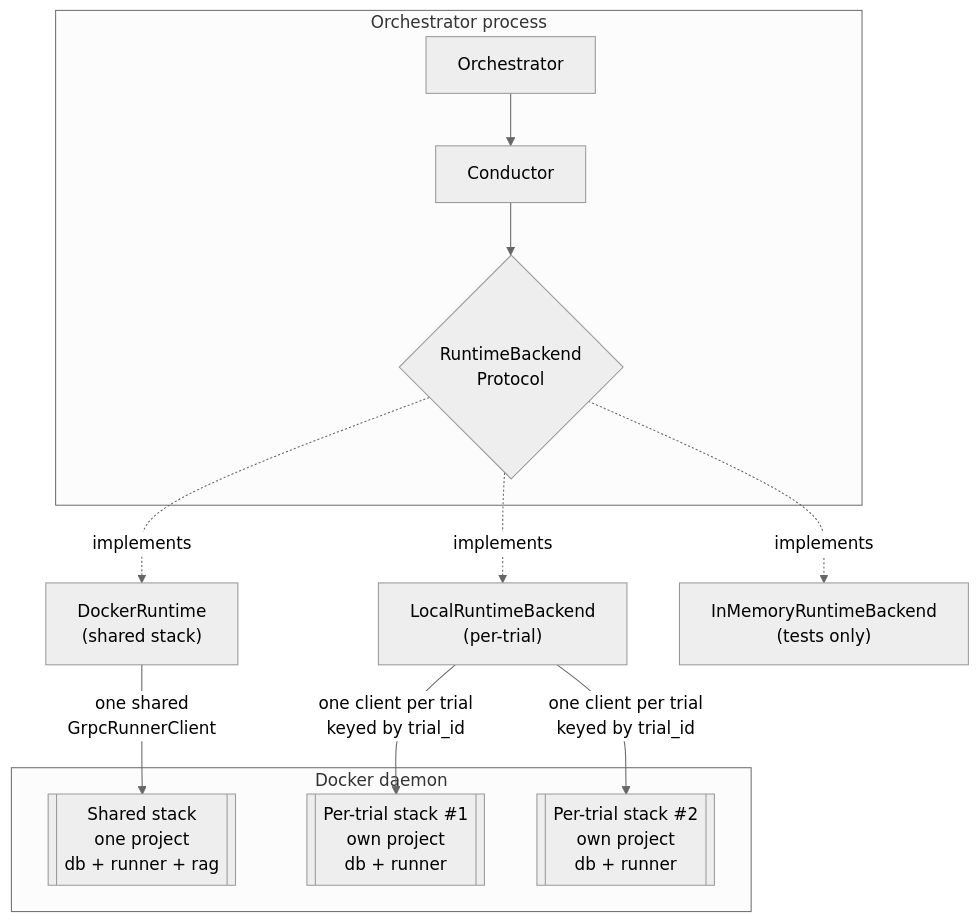
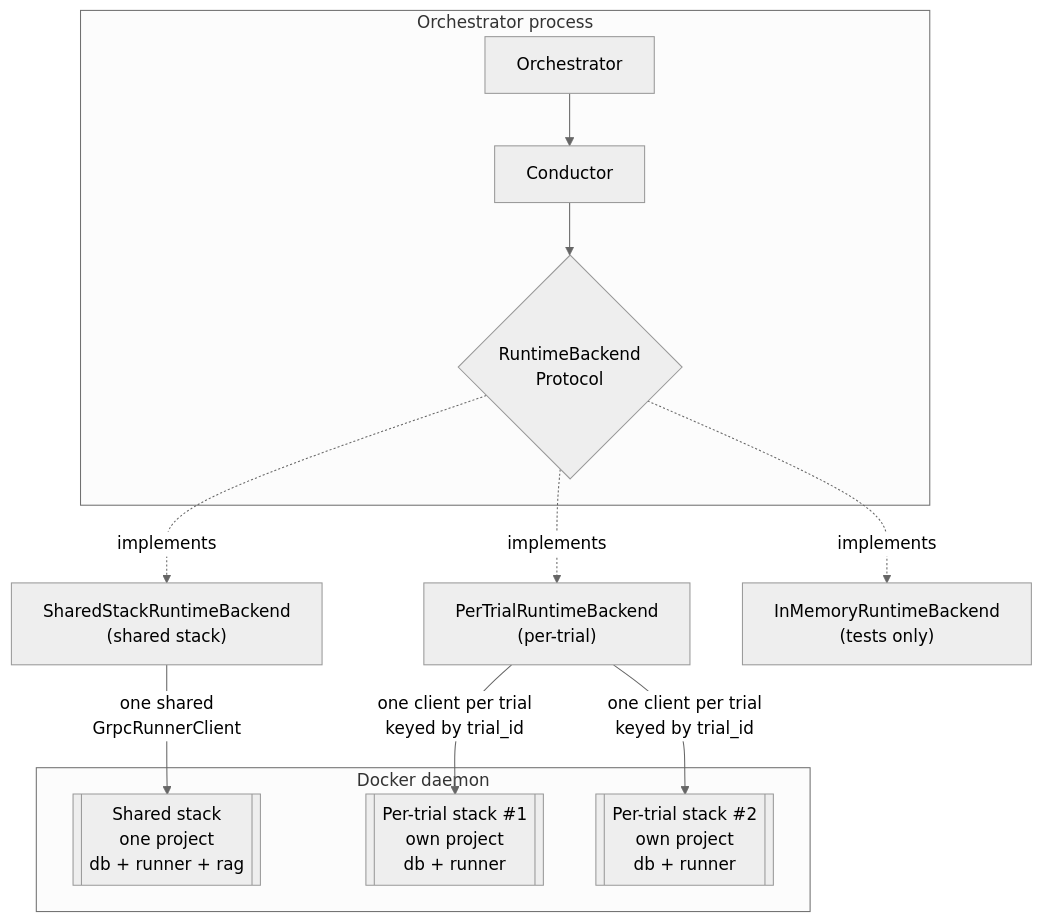
Before and after one commit to Toloka/tolokaforge: the first of 3 diagrams in docs/architecture/RUNTIME_BACKENDS.md, drawn with Mermaid (neutral theme). The commit also changed other lines of this file and 30 other files, not shown here.

````diff
--- a/docs/architecture/RUNTIME_BACKENDS.md
+++ b/docs/architecture/RUNTIME_BACKENDS.md
@@ -27,23 +27,23 @@
 ```mermaid
 graph TB
     subgraph Process["Orchestrator process"]
         Orch[Orchestrator]
         Cond[Conductor]
         Orch --> Cond
         Cond --> RB{"RuntimeBackend<br/>Protocol"}
     end
 
-    RB -.implements.-> DR["DockerRuntime<br/>(shared stack)"]
-    RB -.implements.-> LRB["LocalRuntimeBackend<br/>(per-trial)"]
+    RB -.implements.-> DR["SharedStackRuntimeBackend<br/>(shared stack)"]
+    RB -.implements.-> LRB["PerTrialRuntimeBackend<br/>(per-trial)"]
     RB -.implements.-> IMB["InMemoryRuntimeBackend<br/>(tests only)"]
 
     subgraph Docker["Docker daemon"]
         SS[["Shared stack<br/>one project<br/>db + runner + rag"]]
         T1[["Per-trial stack #1<br/>own project<br/>db + runner"]]
         T2[["Per-trial stack #2<br/>own project<br/>db + runner"]]
     end
 
     DR -->|"one shared<br/>GrpcRunnerClient"| SS
     LRB -->|"one client per trial<br/>keyed by trial_id"| T1
     LRB -->|"one client per trial<br/>keyed by trial_id"| T2
 ```
````
